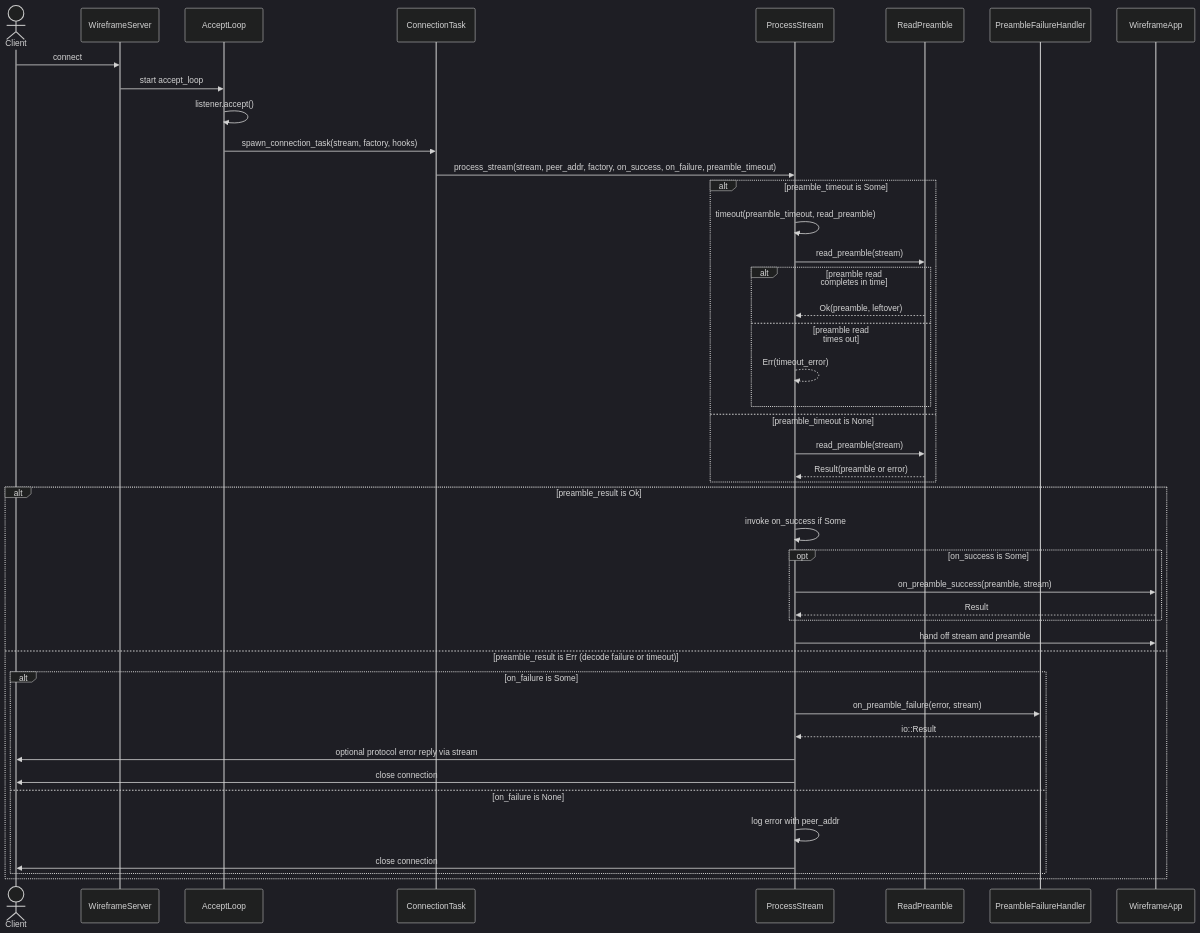
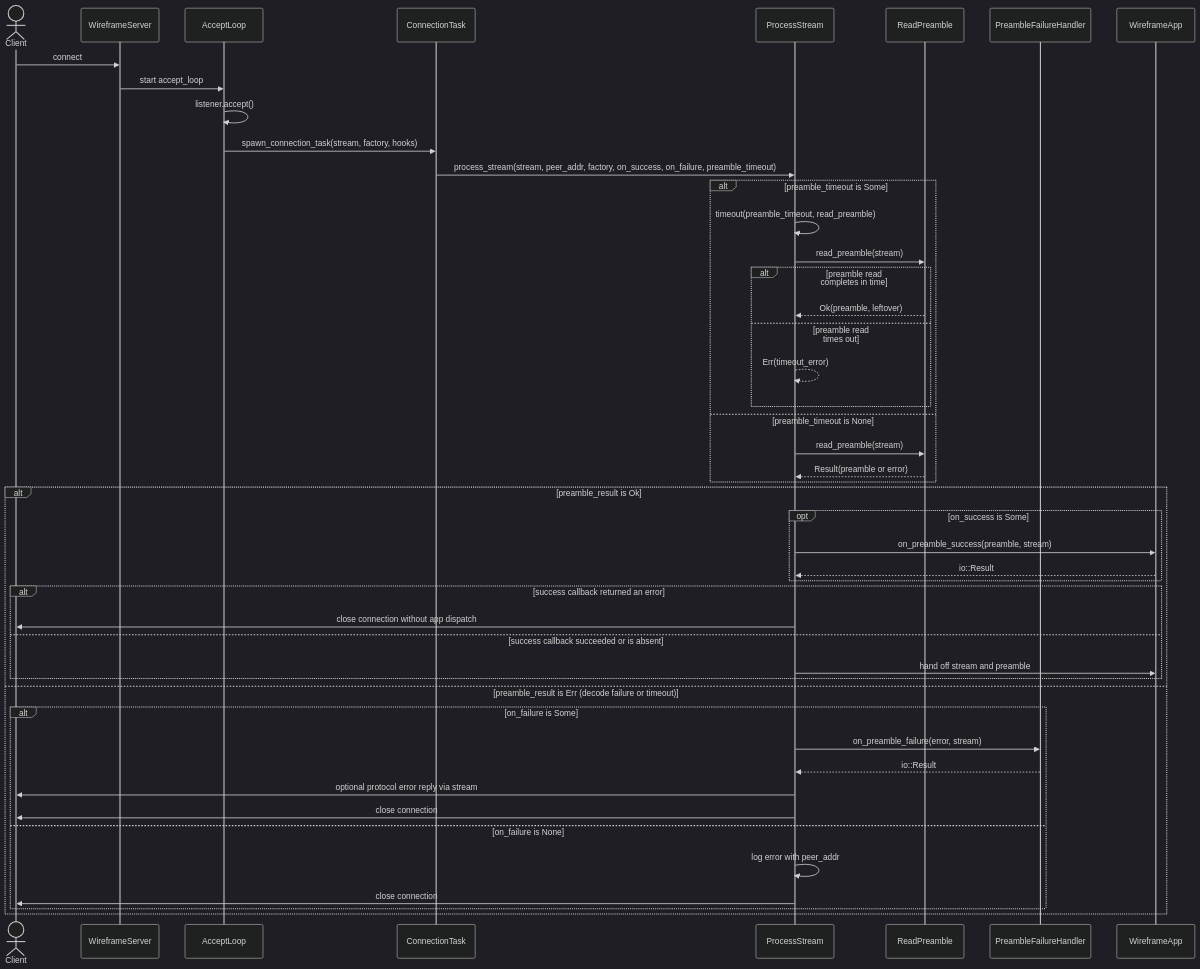
Before and after one commit to leynos/wireframe: the third of 3 diagrams in docs/preamble-validator.md, drawn with Mermaid (dark theme). The commit also changed other lines of this file and 3 other files, not shown here.

First line of the commit message:
Document fail-closed preamble success callback

````diff
--- a/docs/preamble-validator.md
+++ b/docs/preamble-validator.md
@@ -96,50 +104,53 @@
 ```mermaid
 sequenceDiagram
     actor Client
     participant WireframeServer
     participant AcceptLoop
     participant ConnectionTask
     participant ProcessStream
     participant ReadPreamble
     participant PreambleFailureHandler
     participant WireframeApp
 
     Client->>WireframeServer: connect
     WireframeServer->>AcceptLoop: start accept_loop
     AcceptLoop->>AcceptLoop: listener.accept()
     AcceptLoop->>ConnectionTask: spawn_connection_task(stream, factory, hooks)
 
     ConnectionTask->>ProcessStream: process_stream(stream, peer_addr, factory, on_success, on_failure, preamble_timeout)
 
     alt preamble_timeout is Some
         ProcessStream->>ProcessStream: timeout(preamble_timeout, read_preamble)
         ProcessStream->>ReadPreamble: read_preamble(stream)
         alt preamble read completes in time
             ReadPreamble-->>ProcessStream: Ok(preamble, leftover)
         else preamble read times out
             ProcessStream-->>ProcessStream: Err(timeout_error)
         end
     else preamble_timeout is None
         ProcessStream->>ReadPreamble: read_preamble(stream)
         ReadPreamble-->>ProcessStream: Result(preamble or error)
     end
 
     alt preamble_result is Ok
-        ProcessStream->>ProcessStream: invoke on_success if Some
         opt on_success is Some
             ProcessStream->>WireframeApp: on_preamble_success(preamble, stream)
-            WireframeApp-->>ProcessStream: Result
+            WireframeApp-->>ProcessStream: io::Result
         end
-        ProcessStream->>WireframeApp: hand off stream and preamble
+        alt success callback returned an error
+            ProcessStream->>Client: close connection without app dispatch
+        else success callback succeeded or is absent
+            ProcessStream->>WireframeApp: hand off stream and preamble
+        end
     else preamble_result is Err (decode failure or timeout)
         alt on_failure is Some
             ProcessStream->>PreambleFailureHandler: on_preamble_failure(error, stream)
             PreambleFailureHandler-->>ProcessStream: io::Result
             ProcessStream->>Client: optional protocol error reply via stream
             ProcessStream->>Client: close connection
         else on_failure is None
             ProcessStream->>ProcessStream: log error with peer_addr
             ProcessStream->>Client: close connection
         end
     end
 ```
````
